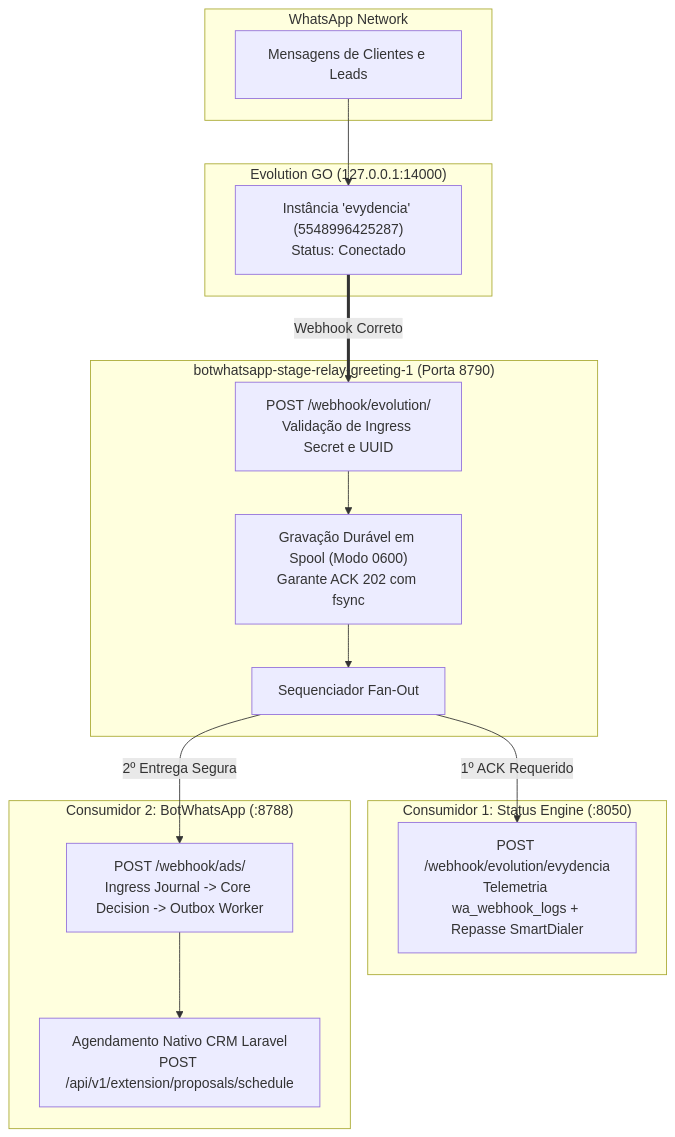
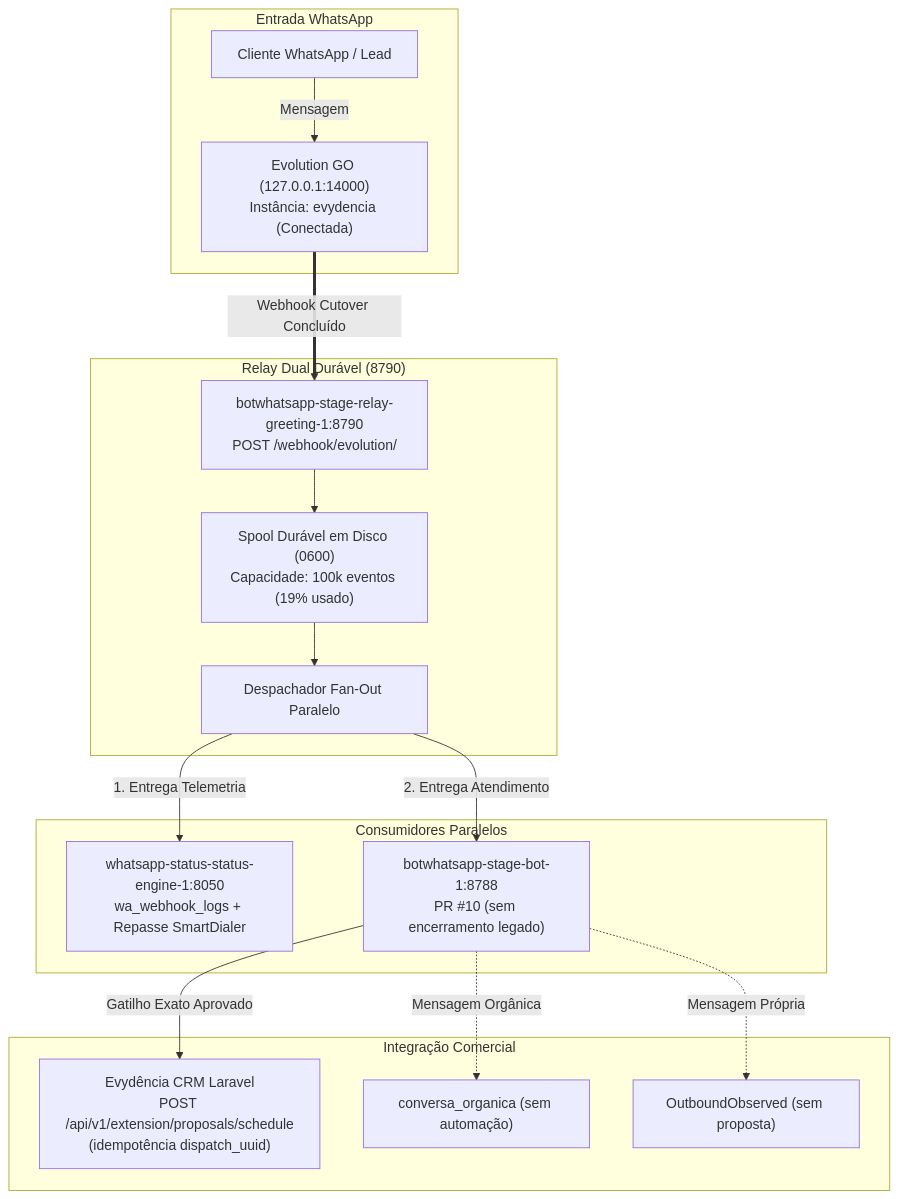
One commit to hypeneural/botwhatsapp changed the diagram in docs/AUDITORIA_VALIDACAO_CHATGPT_P0_20261031.md. Above: the diagram before and after it, drawn with Mermaid. The commit also changed other lines of this file, not shown here.

Commit message:
docs(p0): consolida dossie forense pos-cutover para auditoria chatgpt

````diff
--- a/docs/AUDITORIA_VALIDACAO_CHATGPT_P0_20261031.md
+++ b/docs/AUDITORIA_VALIDACAO_CHATGPT_P0_20261031.md
@@ -43,33 +49,23 @@
 ```mermaid
 flowchart TD
-    subgraph WhatsApp["WhatsApp Network"]
-        WA[Mensagens de Clientes e Leads]
+    subgraph Entrada["Entrada WhatsApp"]
+        WA["Cliente WhatsApp / Lead"] -->|Mensagem| Evo["Evolution GO (127.0.0.1:14000)<br/>Instância: evydencia (Conectada)"]
     end
 
-    subgraph EvoGo["Evolution GO (127.0.0.1:14000)"]
-        Inst["Instância 'evydencia' (5548996425287)<br/>Status: Conectado"]
+    subgraph Relay["Relay Dual Durável (8790)"]
+        Evo ==>|Webhook Cutover Concluído| Ingress["botwhatsapp-stage-relay-greeting-1:8790<br/>POST /webhook/evolution/<SECRET>"]
+        Ingress --> Disk["Spool Durável em Disco (0600)<br/>Capacidade: 100k eventos (19% usado)"]
+        Disk --> FanOut["Despachador Fan-Out Paralelo"]
     end
 
-    subgraph Relay["botwhatsapp-stage-relay-greeting-1 (Porta 8790)"]
-        Ingress["POST /webhook/evolution/<SECRET><br/>Validação de Ingress Secret e UUID"]
-        Spool["Gravação Durável em Spool (Modo 0600)<br/>Garante ACK 202 com fsync"]
-        FanOut["Sequenciador Fan-Out"]
+    subgraph Consumidores["Consumidores Paralelos"]
+        FanOut -->|1. Entrega Telemetria| SE["whatsapp-status-status-engine-1:8050<br/>wa_webhook_logs + Repasse SmartDialer"]
+        FanOut -->|2. Entrega Atendimento| Bot["botwhatsapp-stage-bot-1:8788<br/>PR #10 (sem encerramento legado)"]
     end
 
-    subgraph Destino1["Consumidor 1: Status Engine (:8050)"]
-        StatusEng["POST /webhook/evolution/evydencia<br/>Telemetria wa_webhook_logs + Repasse SmartDialer"]
+    subgraph IntegracaoCRM["Integração Comercial"]
+        Bot -->|Gatilho Exato Aprovado| CRM["Evydência CRM Laravel<br/>POST /api/v1/extension/proposals/schedule<br/>(idempotência dispatch_uuid)"]
+        Bot -.->|Mensagem Orgânica| Ignore["conversa_organica (sem automação)"]
+        Bot -.->|Mensagem Própria| Outbound["OutboundObserved (sem proposta)"]
     end
-
-    subgraph Destino2["Consumidor 2: BotWhatsApp (:8788)"]
-        BotIngress["POST /webhook/ads/<SECRET_BOT><br/>Ingress Journal -> Core Decision -> Outbox Worker"]
-        CRM["Agendamento Nativo CRM Laravel<br/>POST /api/v1/extension/proposals/schedule"]
-    end
-
-    WA --> Inst
-    Inst ==>|Webhook Correto| Ingress
-    Ingress --> Spool
-    Spool --> FanOut
-    FanOut -->|1º ACK Requerido| StatusEng
-    FanOut -->|2º Entrega Segura| BotIngress
-    BotIngress --> CRM
 ```
````
